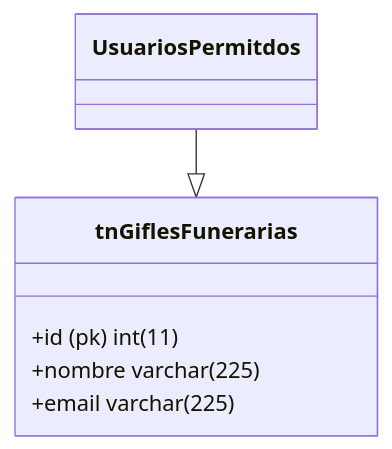
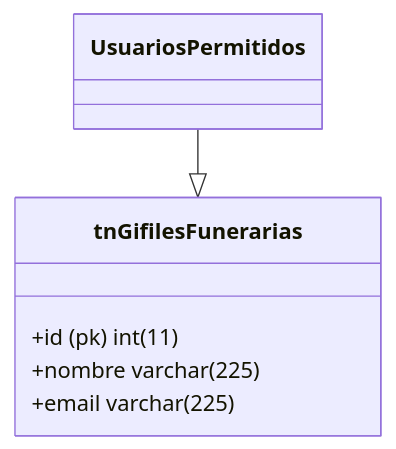
Before and after one commit to pachitoxo/proyectos_nexura: the second of 3 diagrams in src/site/notes/Alcaldía de Pereira/Trámites implementados/🌲Trámite Beneficio Predial.md, drawn with Mermaid. The commit also changed other lines of this file, not shown here.

````diff
--- a/src/site/notes/Alcaldía de Pereira/Trámites implementados/🌲Trámite Beneficio Predial.md
+++ b/src/site/notes/Alcaldía de Pereira/Trámites implementados/🌲Trámite Beneficio Predial.md
@@ -27,10 +37,10 @@
 ```mermaid 
 classDiagram
-    UsuariosPermitdos --|> tnGiflesFunerarias
-  
-    class tnGiflesFunerarias{
-      +id (pk) int(11)
-      +nombre varchar(225)
-      +email varchar(225)  
-    }
+        UsuariosPermitidos --|> tnGifilesFunerarias
+        
+        class tnGifilesFunerarias{
+            +id (pk) int(11)
+            +nombre varchar(225)
+            +email varchar(225)
+        }
 ```
````
